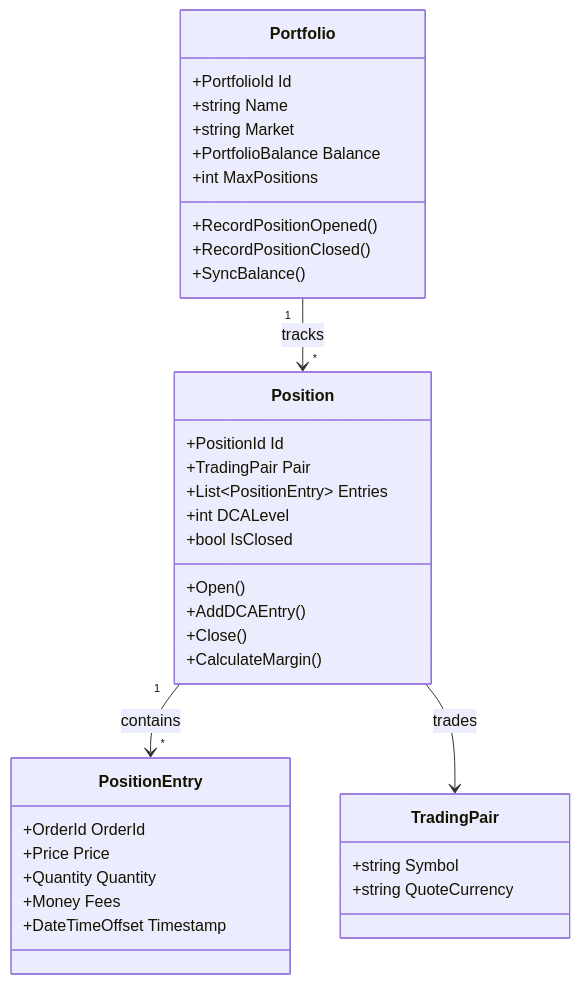
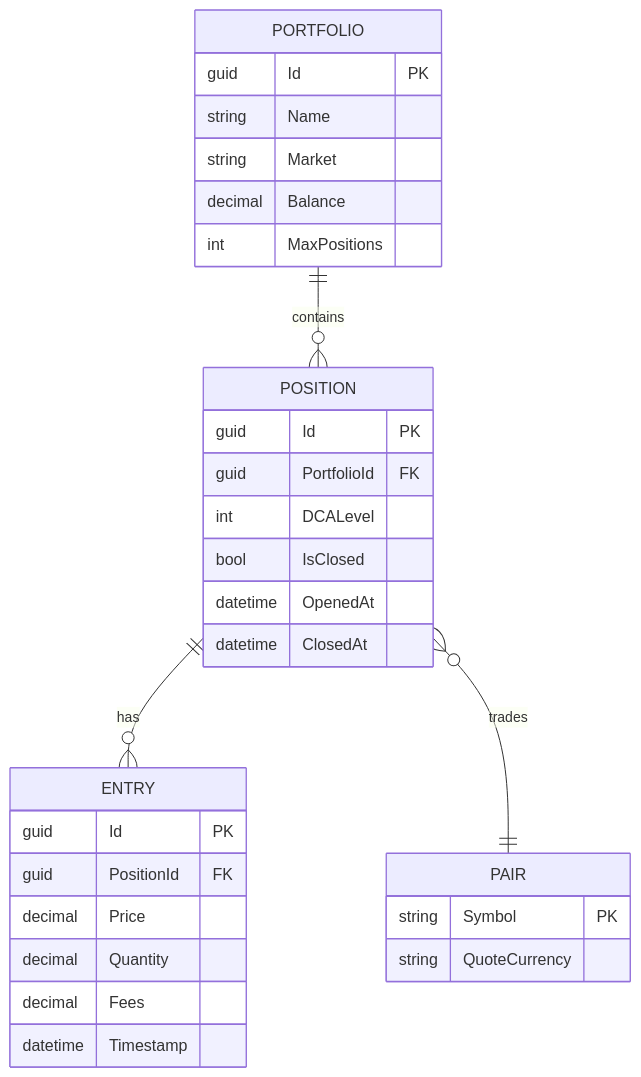
The third of 4 diagrams in README.md (blackms/IntelliTrader), drawn with Mermaid before and after one commit. The commit also changed other lines of this file, not shown here.

First line of the commit message:
docs(readme): modernize README with startup-grade styling and mermaid diagrams

````diff
--- a/README.md
+++ b/README.md
@@ -214,42 +253,37 @@
 ```mermaid
-classDiagram
-    class Portfolio {
-        +PortfolioId Id
-        +string Name
-        +string Market
-        +PortfolioBalance Balance
-        +int MaxPositions
-        +RecordPositionOpened()
-        +RecordPositionClosed()
-        +SyncBalance()
+erDiagram
+    PORTFOLIO ||--o{ POSITION : contains
+    POSITION ||--o{ ENTRY : has
+    POSITION }o--|| PAIR : trades
+
+    PORTFOLIO {
+        guid Id PK
+        string Name
+        string Market
+        decimal Balance
+        int MaxPositions
     }
 
-    class Position {
-        +PositionId Id
-        +TradingPair Pair
-        +List~PositionEntry~ Entries
-        +int DCALevel
-        +bool IsClosed
-        +Open()
-        +AddDCAEntry()
-        +Close()
-        +CalculateMargin()
+    POSITION {
+        guid Id PK
+        guid PortfolioId FK
+        int DCALevel
+        bool IsClosed
+        datetime OpenedAt
+        datetime ClosedAt
     }
 
-    class PositionEntry {
-        +OrderId OrderId
-        +Price Price
-        +Quantity Quantity
-        +Money Fees
-        +DateTimeOffset Timestamp
+    ENTRY {
+        guid Id PK
+        guid PositionId FK
+        decimal Price
+        decimal Quantity
+        decimal Fees
+        datetime Timestamp
     }
 
-    class TradingPair {
-        +string Symbol
-        +string QuoteCurrency
+    PAIR {
+        string Symbol PK
+        string QuoteCurrency
     }
-
-    Portfolio "1" --> "*" Position : tracks
-    Position "1" --> "*" PositionEntry : contains
-    Position --> TradingPair : trades
 ```
````
